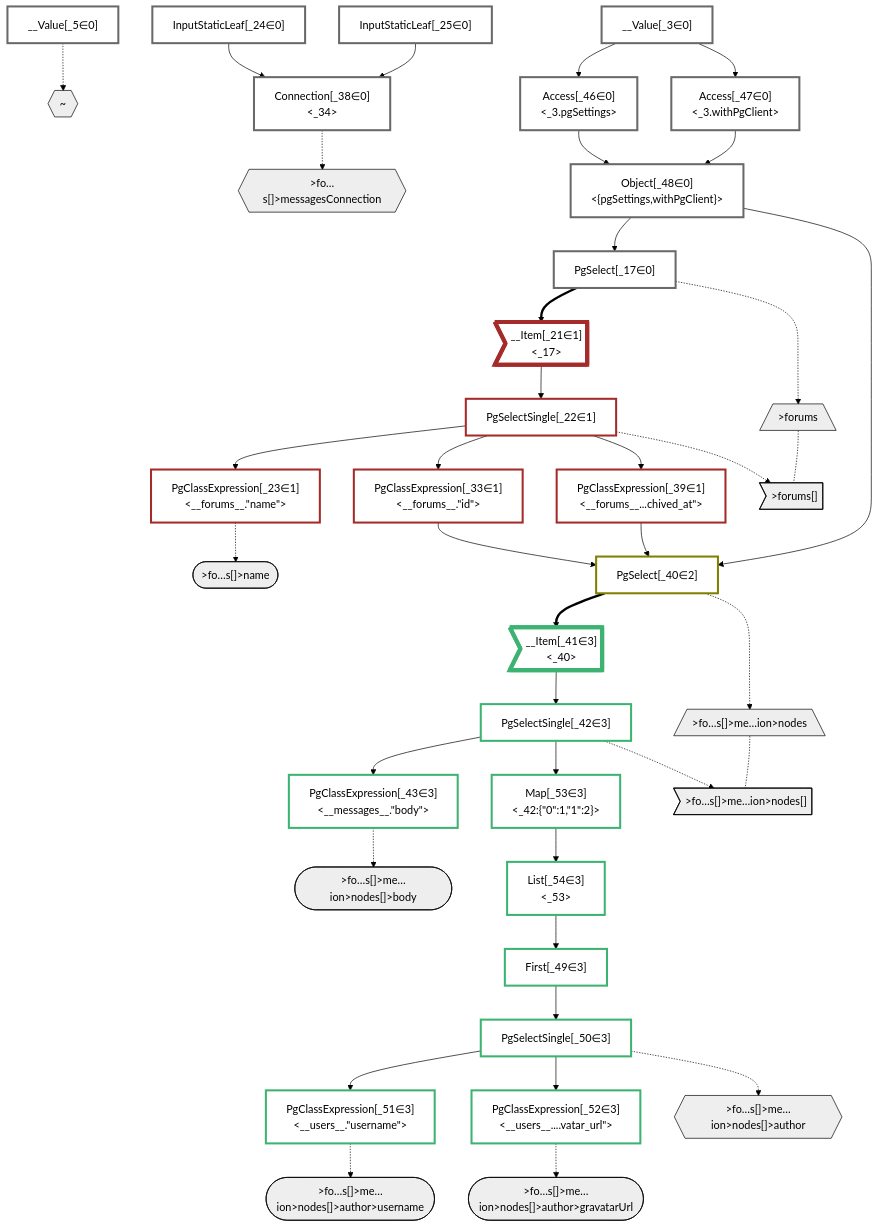
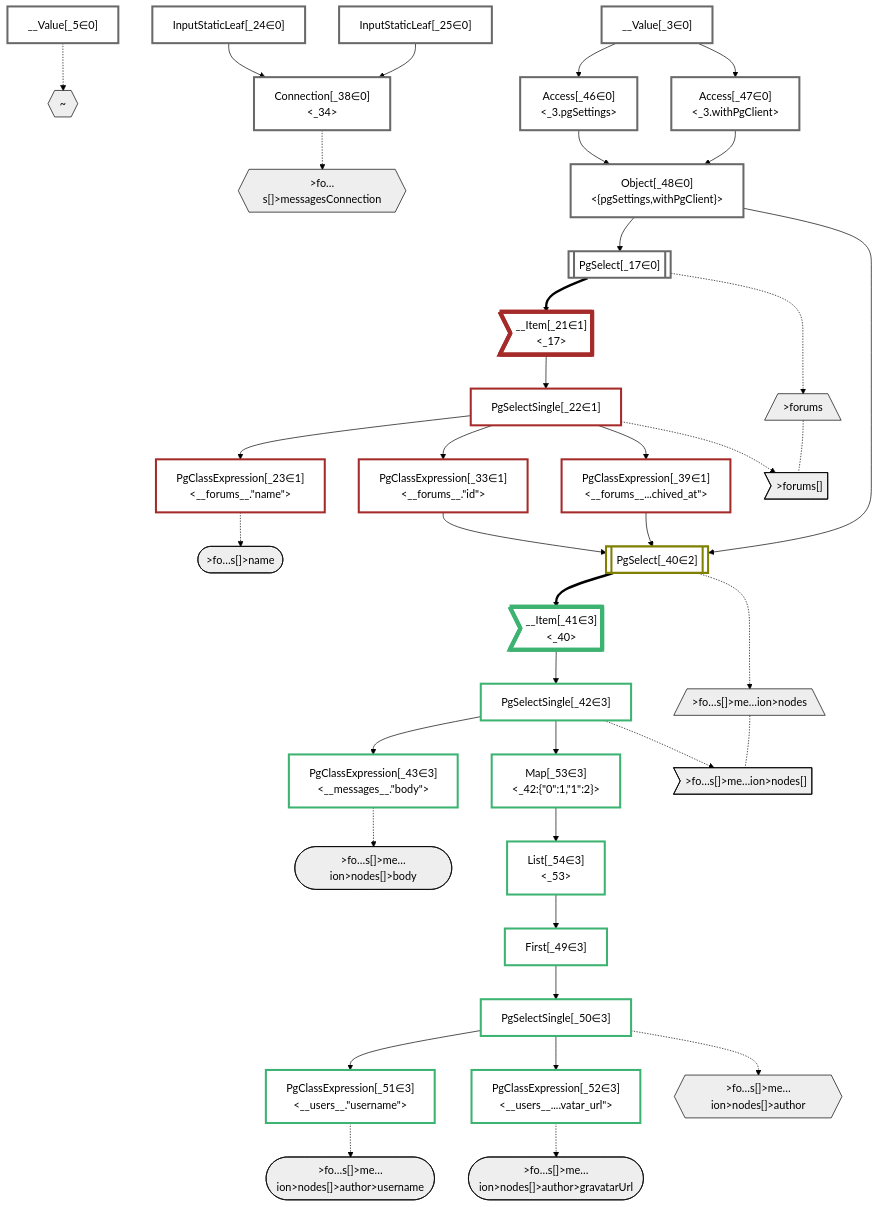
The diagram in packages/dataplan-pg/__tests__/queries/conditions/archived-forum-inherited-messages.stream-5.mermaid.md (graphile/crystal), drawn with Mermaid (forest theme) before and after one commit. The commit also changed 195 other files, not shown here.

```diff
--- a/packages/dataplan-pg/__tests__/queries/conditions/archived-forum-inherited-messages.stream-5.mermaid.md
+++ b/packages/dataplan-pg/__tests__/queries/conditions/archived-forum-inherited-messages.stream-5.mermaid.md
@@ -32,7 +32,7 @@
     %% define plans
     __Value_3["__Value[_3∈0]<br /><context>"]:::plan
     __Value_5["__Value[_5∈0]<br /><rootValue>"]:::plan
-    PgSelect_17["PgSelect[_17∈0]<br /><forums>"]:::plan
+    PgSelect_17[["PgSelect[_17∈0]<br /><forums>"]]:::plan
     __Item_21>"__Item[_21∈1]<br /><_17>"]:::itemplan
     PgSelectSingle_22["PgSelectSingle[_22∈1]<br /><forums>"]:::plan
     PgClassExpression_23["PgClassExpression[_23∈1]<br /><__forums__.#quot;name#quot;>"]:::plan
@@ -41,7 +41,7 @@
     PgClassExpression_33["PgClassExpression[_33∈1]<br /><__forums__.#quot;id#quot;>"]:::plan
     Connection_38["Connection[_38∈0]<br /><_34>"]:::plan
     PgClassExpression_39["PgClassExpression[_39∈1]<br /><__forums__...chived_at#quot;>"]:::plan
-    PgSelect_40["PgSelect[_40∈2]<br /><messages>"]:::plan
+    PgSelect_40[["PgSelect[_40∈2]<br /><messages>"]]:::plan
     __Item_41>"__Item[_41∈3]<br /><_40>"]:::itemplan
     PgSelectSingle_42["PgSelectSingle[_42∈3]<br /><messages>"]:::plan
     PgClassExpression_43["PgClassExpression[_43∈3]<br /><__messages__.#quot;body#quot;>"]:::plan
```
